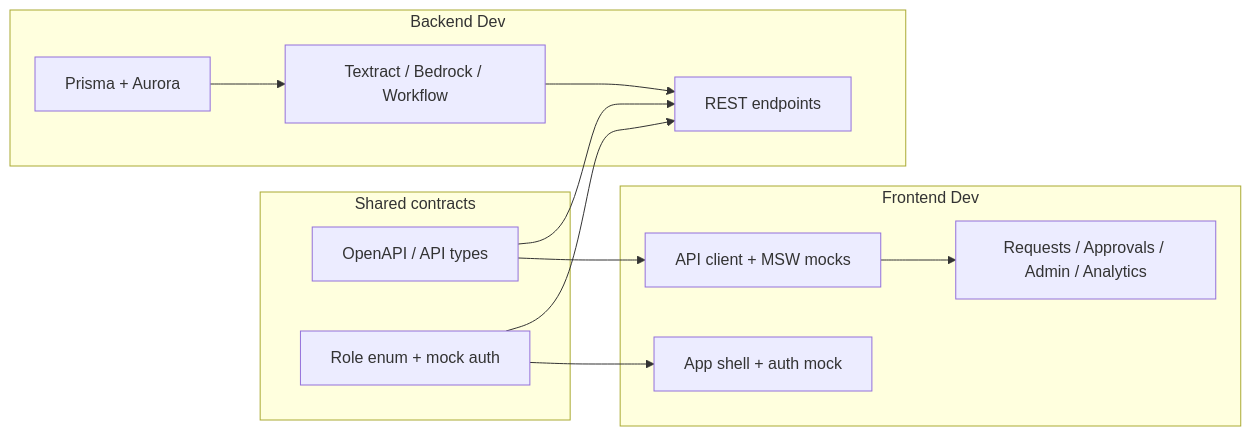
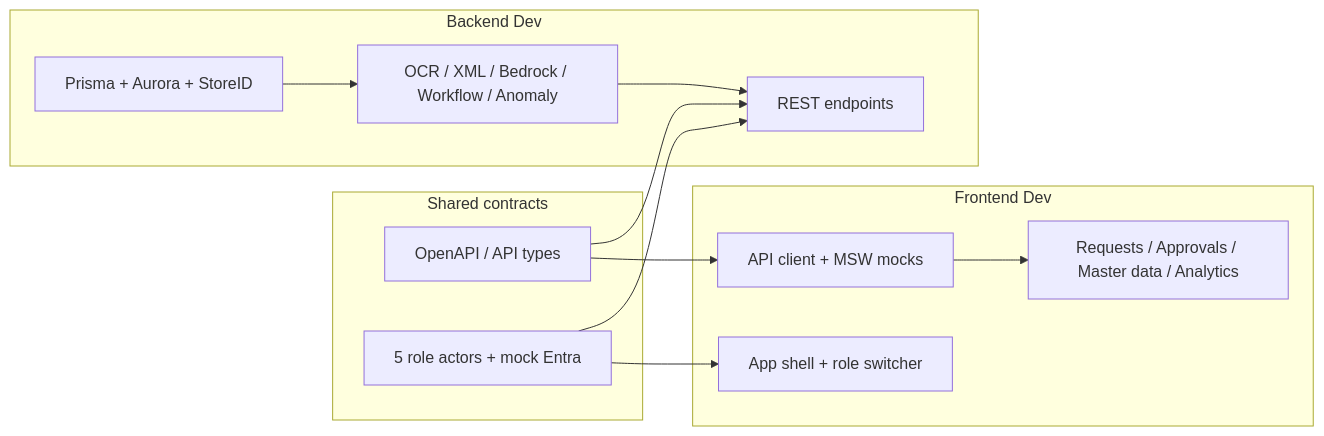
One commit to FlyingFish183/Recurring-Payment-Process-AgenticAI- changed the third of 3 diagrams in docs/plan.md. Above: the diagram before and after it, drawn with Mermaid. The commit also changed other lines of this file and 26 other files, not shown here.

````diff
--- a/docs/plan.md
+++ b/docs/plan.md
@@ -14,24 +221,24 @@
 ```mermaid
 flowchart LR
   subgraph shared [Shared contracts]
     API[OpenAPI / API types]
-    Roles[Role enum + mock auth]
+    Roles[5 role actors + mock Entra]
   end
   subgraph be [Backend Dev]
-    Schema[Prisma + Aurora]
-    Services[Textract / Bedrock / Workflow]
+    Schema[Prisma + Aurora + StoreID]
+    Services[OCR / XML / Bedrock / Workflow / Anomaly]
     Routes[REST endpoints]
   end
   subgraph fe [Frontend Dev]
-    Shell[App shell + auth mock]
-    Pages[Requests / Approvals / Admin / Analytics]
+    Shell[App shell + role switcher]
+    Pages[Requests / Approvals / Master data / Analytics]
     Client[API client + MSW mocks]
   end
   API --> Routes
   API --> Client
   Roles --> Routes
   Roles --> Shell
   Schema --> Services
   Services --> Routes
   Client --> Pages
 ```
````
